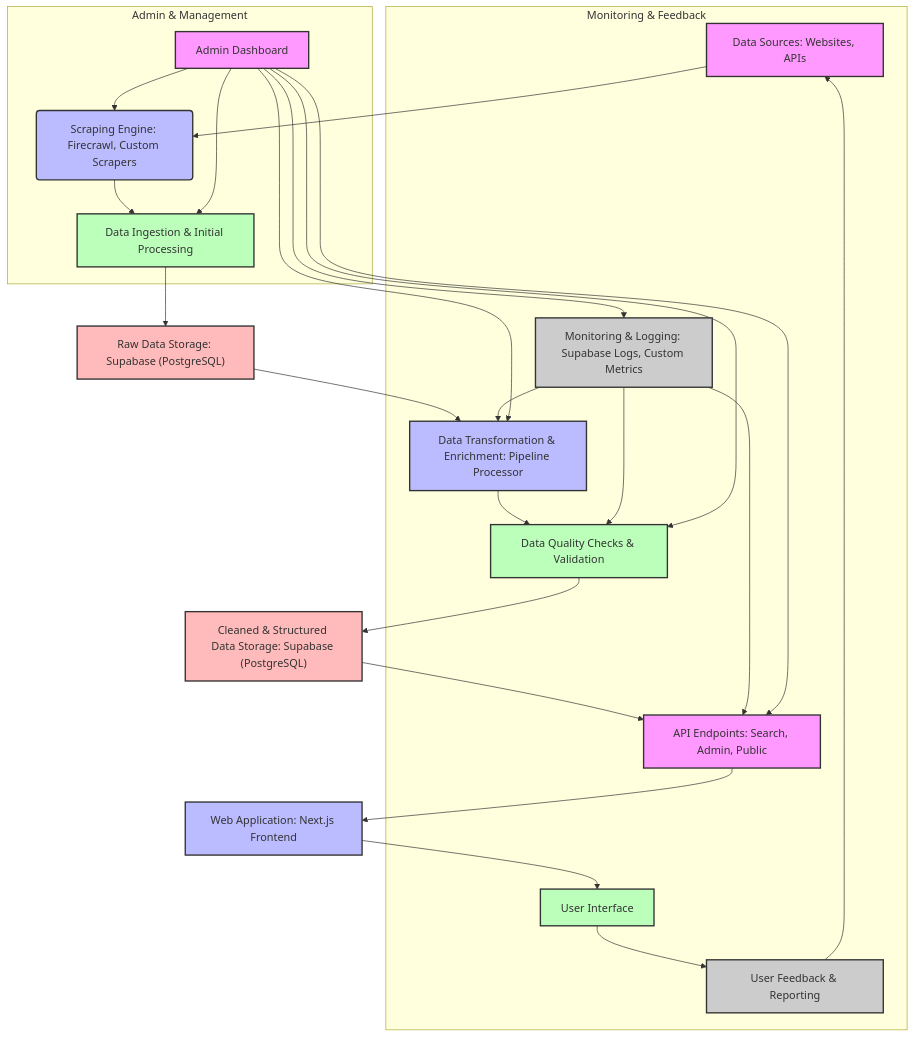
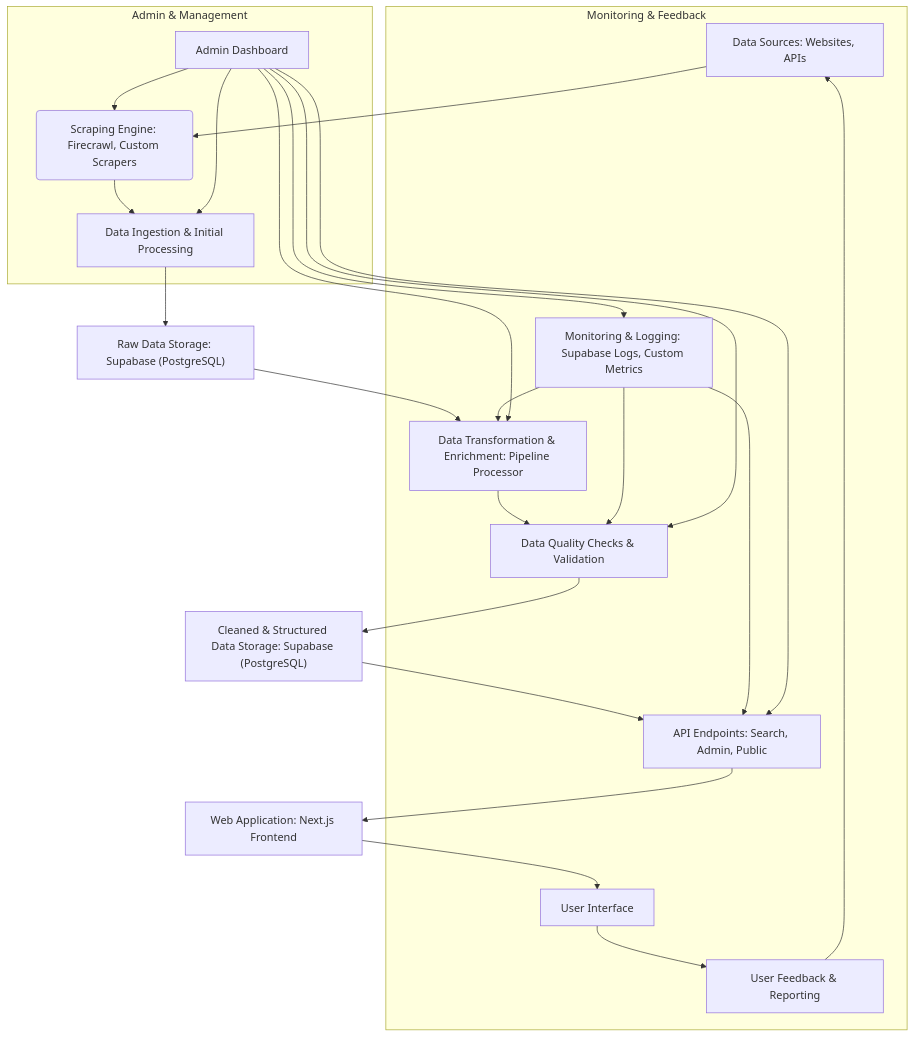
One commit to CodeDeficient/food-truck-finder-poc changed the second of 2 diagrams in docs/ARCHITECTURE_OVERVIEW.md. Above: the diagram before and after it, drawn with Mermaid. The commit also changed other lines of this file and 1 other file, not shown here.

Commit message:
docs: add linting guide, fix links, and improve diagrams

````diff
--- a/docs/ARCHITECTURE_OVERVIEW.md
+++ b/docs/ARCHITECTURE_OVERVIEW.md
@@ -106,43 +106,30 @@
 ```mermaid
 graph TD
     A["Data Sources: Websites, APIs"] --> B("Scraping Engine: Firecrawl, Custom Scrapers");
     B --> C["Data Ingestion & Initial Processing"];
     C --> D["Raw Data Storage: Supabase (PostgreSQL)"];
     D --> E["Data Transformation & Enrichment: Pipeline Processor"];
     E --> F["Data Quality Checks & Validation"];
     F --> G["Cleaned & Structured Data Storage: Supabase (PostgreSQL)"];
     G --> H["API Endpoints: Search, Admin, Public"];
     H --> I["Web Application: Next.js Frontend"];
     I --> J["User Interface"];
 
     subgraph "Monitoring & Feedback"
         K["Monitoring & Logging: Supabase Logs, Custom Metrics"] --> E;
         K --> F;
         K --> H;
         J --> L["User Feedback & Reporting"];
         L --> A;
     end
 
     subgraph "Admin & Management"
         M["Admin Dashboard"] --> H;
         M --> B;
         M --> C;
         M --> E;
         M --> F;
         M --> K;
     end
 
-    style A fill:#f9f,stroke:#333,stroke-width:2px
-    style B fill:#bbf,stroke:#333,stroke-width:2px
-    style C fill:#bfb,stroke:#333,stroke-width:2px
-    style D fill:#fbb,stroke:#333,stroke-width:2px
-    style E fill:#bbf,stroke:#333,stroke-width:2px
-    style F fill:#bfb,stroke:#333,stroke-width:2px
-    style G fill:#fbb,stroke:#333,stroke-width:2px
-    style H fill:#f9f,stroke:#333,stroke-width:2px
-    style I fill:#bbf,stroke:#333,stroke-width:2px
-    style J fill:#bfb,stroke:#333,stroke-width:2px
-    style K fill:#ccc,stroke:#333,stroke-width:2px
-    style L fill:#ccc,stroke:#333,stroke-width:2px
-    style M fill:#f9f,stroke:#333,stroke-width:2px
 ```
````
